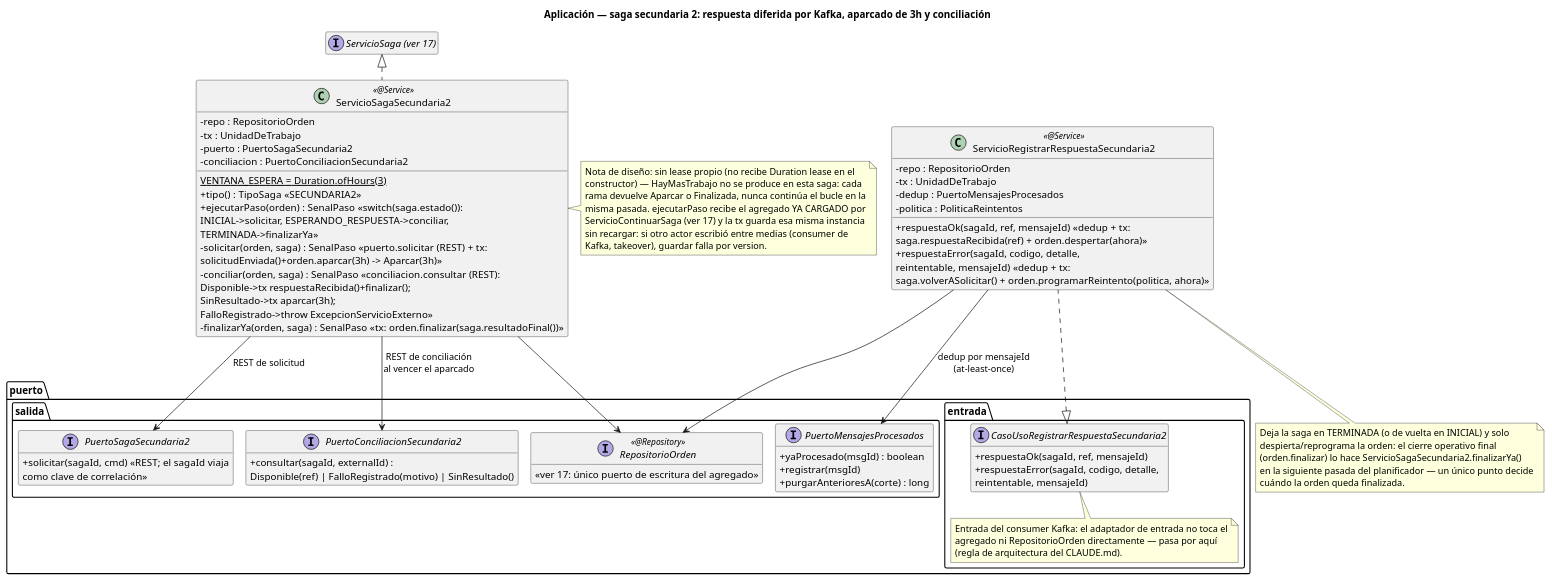
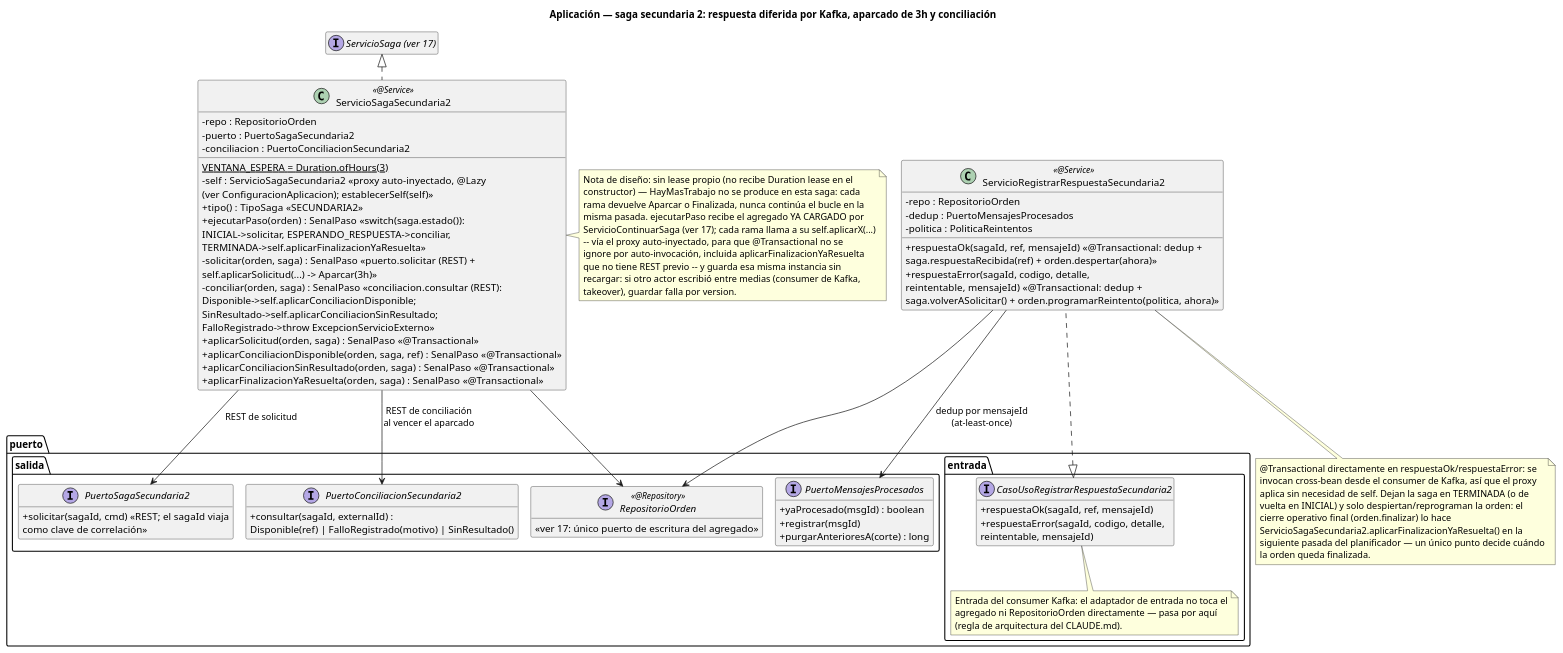
The diagram in order-manager/docs/20-clases-aplicacion-saga-secundaria2.puml (ralcazar/patrones), drawn with PlantUML before and after one commit. The commit also changed 61 other files, not shown here.

```diff
--- a/order-manager/docs/20-clases-aplicacion-saga-secundaria2.puml
+++ b/order-manager/docs/20-clases-aplicacion-saga-secundaria2.puml
@@ -1,83 +1,91 @@
 @startuml 20-clases-aplicacion-saga-secundaria2
 title Aplicación — saga secundaria 2: respuesta diferida por Kafka, aparcado de 3h y conciliación
 !pragma layout smetana
 hide empty members
 skinparam classAttributeIconSize 0
 
 package "puerto.entrada" {
   interface CasoUsoRegistrarRespuestaSecundaria2 {
     +respuestaOk(sagaId, ref, mensajeId)
     +respuestaError(sagaId, codigo, detalle,\nreintentable, mensajeId)
   }
   note bottom of CasoUsoRegistrarRespuestaSecundaria2
     Entrada del consumer Kafka: el adaptador de entrada no toca el
     agregado ni RepositorioOrden directamente — pasa por aquí
     (regla de arquitectura del CLAUDE.md).
   end note
 }
 
 interface "ServicioSaga (ver 17)" as Base
 
 class ServicioSagaSecundaria2 <<@Service>> {
   {static} VENTANA_ESPERA = Duration.ofHours(3)
   -repo : RepositorioOrden
-  -tx : UnidadDeTrabajo
   -puerto : PuertoSagaSecundaria2
   -conciliacion : PuertoConciliacionSecundaria2
+  -self : ServicioSagaSecundaria2  «proxy auto-inyectado, @Lazy\n(ver ConfiguracionAplicacion); establecerSelf(self)»
   +tipo() : TipoSaga  «SECUNDARIA2»
-  +ejecutarPaso(orden) : SenalPaso  «switch(saga.estado()):\nINICIAL->solicitar, ESPERANDO_RESPUESTA->conciliar,\nTERMINADA->finalizarYa»
-  -solicitar(orden, saga) : SenalPaso  «puerto.solicitar (REST) + tx:\nsolicitudEnviada()+orden.aparcar(3h) -> Aparcar(3h)»
-  -conciliar(orden, saga) : SenalPaso  «conciliacion.consultar (REST):\nDisponible->tx respuestaRecibida()+finalizar();\nSinResultado->tx aparcar(3h);\nFalloRegistrado->throw ExcepcionServicioExterno»
-  -finalizarYa(orden, saga) : SenalPaso  «tx: orden.finalizar(saga.resultadoFinal())»
+  +ejecutarPaso(orden) : SenalPaso  «switch(saga.estado()):\nINICIAL->solicitar, ESPERANDO_RESPUESTA->conciliar,\nTERMINADA->self.aplicarFinalizacionYaResuelta»
+  -solicitar(orden, saga) : SenalPaso  «puerto.solicitar (REST) +\nself.aplicarSolicitud(...) -> Aparcar(3h)»
+  -conciliar(orden, saga) : SenalPaso  «conciliacion.consultar (REST):\nDisponible->self.aplicarConciliacionDisponible;\nSinResultado->self.aplicarConciliacionSinResultado;\nFalloRegistrado->throw ExcepcionServicioExterno»
+  +aplicarSolicitud(orden, saga) : SenalPaso  «@Transactional»
+  +aplicarConciliacionDisponible(orden, saga, ref) : SenalPaso  «@Transactional»
+  +aplicarConciliacionSinResultado(orden, saga) : SenalPaso  «@Transactional»
+  +aplicarFinalizacionYaResuelta(orden, saga) : SenalPaso  «@Transactional»
 }
 note right of ServicioSagaSecundaria2
   Nota de diseño: sin lease propio (no recibe Duration lease en el
   constructor) — HayMasTrabajo no se produce en esta saga: cada
   rama devuelve Aparcar o Finalizada, nunca continúa el bucle en la
   misma pasada. ejecutarPaso recibe el agregado YA CARGADO por
-  ServicioContinuarSaga (ver 17) y la tx guarda esa misma instancia
-  sin recargar: si otro actor escribió entre medias (consumer de
-  Kafka, takeover), guardar falla por version.
+  ServicioContinuarSaga (ver 17); cada rama llama a su self.aplicarX(...)
+  -- vía el proxy auto-inyectado, para que @Transactional no se
+  ignore por auto-invocación, incluida aplicarFinalizacionYaResuelta
+  que no tiene REST previo -- y guarda esa misma instancia sin
+  recargar: si otro actor escribió entre medias (consumer de Kafka,
+  takeover), guardar falla por version.
 end note
 
 class ServicioRegistrarRespuestaSecundaria2 <<@Service>> {
   -repo : RepositorioOrden
-  -tx : UnidadDeTrabajo
   -dedup : PuertoMensajesProcesados
   -politica : PoliticaReintentos
-  +respuestaOk(sagaId, ref, mensajeId)  «dedup + tx:\nsaga.respuestaRecibida(ref) + orden.despertar(ahora)»
-  +respuestaError(sagaId, codigo, detalle,\nreintentable, mensajeId)  «dedup + tx:\nsaga.volverASolicitar() + orden.programarReintento(politica, ahora)»
+  +respuestaOk(sagaId, ref, mensajeId)  «@Transactional: dedup +\nsaga.respuestaRecibida(ref) + orden.despertar(ahora)»
+  +respuestaError(sagaId, codigo, detalle,\nreintentable, mensajeId)  «@Transactional: dedup +\nsaga.volverASolicitar() + orden.programarReintento(politica, ahora)»
 }
 note bottom of ServicioRegistrarRespuestaSecundaria2
-  Deja la saga en TERMINADA (o de vuelta en INICIAL) y solo
-  despierta/reprograma la orden: el cierre operativo final
-  (orden.finalizar) lo hace ServicioSagaSecundaria2.finalizarYa()
-  en la siguiente pasada del planificador — un único punto decide
-  cuándo la orden queda finalizada.
+  @Transactional directamente en respuestaOk/respuestaError: se
+  invocan cross-bean desde el consumer de Kafka, así que el proxy
+  aplica sin necesidad de self. Dejan la saga en TERMINADA (o de
+  vuelta en INICIAL) y solo despiertan/reprograman la orden: el
+  cierre operativo final (orden.finalizar) lo hace
+  ServicioSagaSecundaria2.aplicarFinalizacionYaResuelta() en la
+  siguiente pasada del planificador — un único punto decide cuándo
+  la orden queda finalizada.
 end note
 
 package "puerto.salida" {
   interface RepositorioOrden <<@Repository>> {
     «ver 17: único puerto de escritura del agregado»
   }
   interface PuertoSagaSecundaria2 {
     +solicitar(sagaId, cmd)  «REST; el sagaId viaja\ncomo clave de correlación»
   }
   interface PuertoConciliacionSecundaria2 {
     +consultar(sagaId, externalId) :\nDisponible(ref) | FalloRegistrado(motivo) | SinResultado()
   }
   interface PuertoMensajesProcesados {
     +yaProcesado(msgId) : boolean
     +registrar(msgId)
     +purgarAnterioresA(corte) : long
   }
 }
 
 CasoUsoRegistrarRespuestaSecundaria2 <|.. ServicioRegistrarRespuestaSecundaria2
 Base <|.. ServicioSagaSecundaria2
 ServicioSagaSecundaria2 --> RepositorioOrden
 ServicioSagaSecundaria2 --> PuertoSagaSecundaria2 : REST de solicitud
 ServicioSagaSecundaria2 --> PuertoConciliacionSecundaria2 : REST de conciliación\nal vencer el aparcado
 ServicioRegistrarRespuestaSecundaria2 --> RepositorioOrden
 ServicioRegistrarRespuestaSecundaria2 --> PuertoMensajesProcesados : dedup por mensajeId\n(at-least-once)
 @enduml
```
